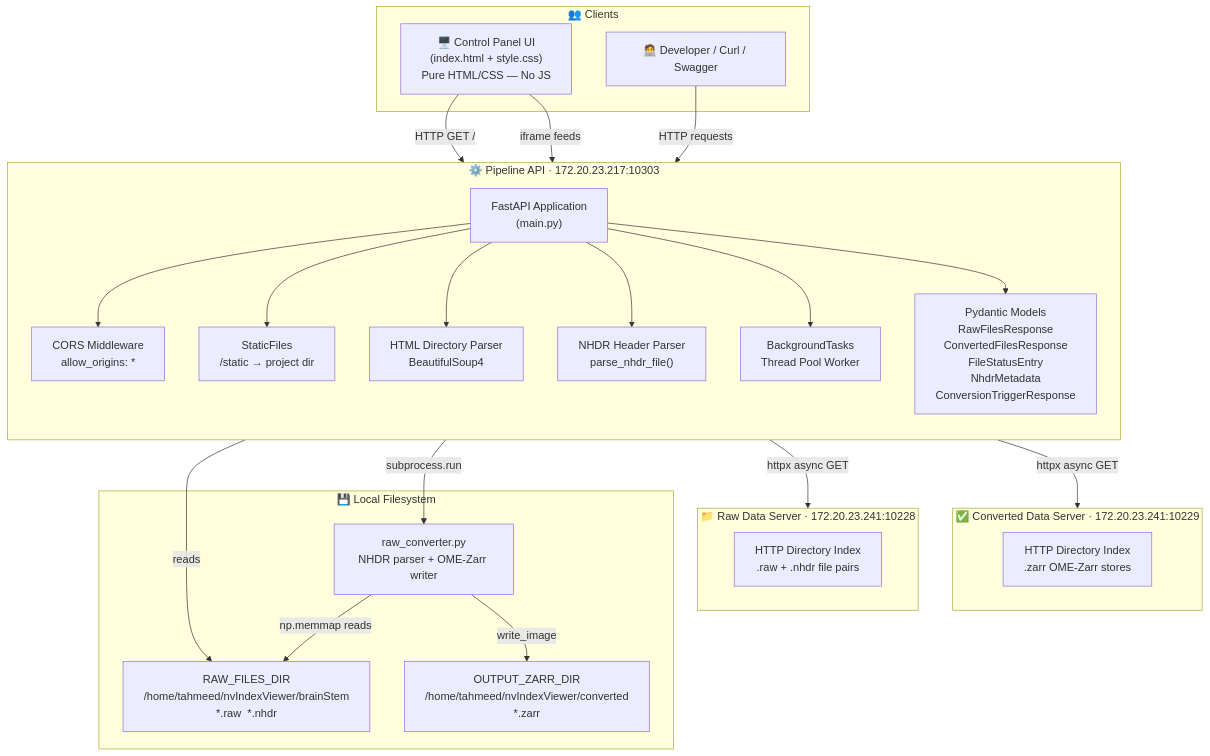
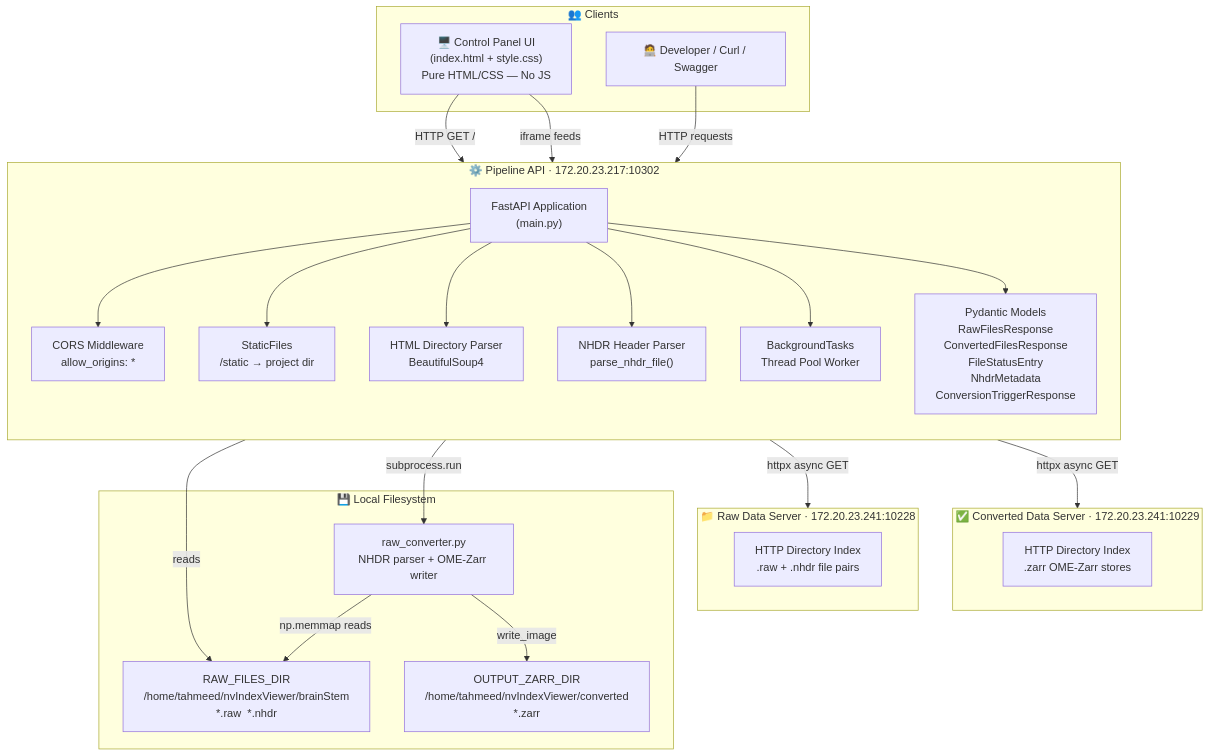
Before and after one commit to 24f2001927/Neuroglancer_Data_Conversion: the first of 3 diagrams in README.md, drawn with Mermaid. The commit also changed other lines of this file and 5 other files, not shown here.

````diff
--- a/README.md
+++ b/README.md
@@ -52,52 +52,52 @@
 ```mermaid
 graph TB
     subgraph CLIENTS["👥 Clients"]
         UI["🖥️ Control Panel UI<br/>(index.html + style.css)<br/>Pure HTML/CSS — No JS"]
         DEV["🧑‍💻 Developer / Curl / Swagger"]
     end
 
-    subgraph API["⚙️ Pipeline API  ·  172.20.23.217:10303"]
+    subgraph API["⚙️ Pipeline API  ·  172.20.23.217:10302"]
         direction TB
         FASTAPI["FastAPI Application<br/>(main.py)"]
         CORS["CORS Middleware<br/>allow_origins: *"]
         STATIC["StaticFiles<br/>/static → project dir"]
         PARSER["HTML Directory Parser<br/>BeautifulSoup4"]
         NHDR_PARSE["NHDR Header Parser<br/>parse_nhdr_file()"]
         BG["BackgroundTasks<br/>Thread Pool Worker"]
         MODELS["Pydantic Models<br/>RawFilesResponse<br/>ConvertedFilesResponse<br/>FileStatusEntry<br/>NhdrMetadata<br/>ConversionTriggerResponse"]
     end
 
     subgraph RAW_SERVER["📁 Raw Data Server  ·  172.20.23.241:10228"]
         RAW_DIR["HTTP Directory Index<br/>.raw + .nhdr file pairs"]
     end
 
     subgraph CONV_SERVER["✅ Converted Data Server  ·  172.20.23.241:10229"]
         ZARR_DIR["HTTP Directory Index<br/>.zarr OME-Zarr stores"]
     end
 
     subgraph LOCAL_FS["💾 Local Filesystem"]
         RAW_FILES["RAW_FILES_DIR<br/>/home/tahmeed/nvIndexViewer/brainStem<br/>*.raw  *.nhdr"]
         OUT_DIR["OUTPUT_ZARR_DIR<br/>/home/tahmeed/nvIndexViewer/converted<br/>*.zarr"]
         SCRIPT["raw_converter.py<br/>NHDR parser + OME-Zarr writer"]
     end
 
     UI -->|HTTP GET /| FASTAPI
     UI -->|iframe feeds| FASTAPI
     DEV -->|HTTP requests| FASTAPI
 
     FASTAPI --> CORS
     FASTAPI --> STATIC
     FASTAPI --> PARSER
     FASTAPI --> NHDR_PARSE
     FASTAPI --> BG
     FASTAPI --> MODELS
 
     PARSER -->|httpx async GET| RAW_SERVER
     PARSER -->|httpx async GET| CONV_SERVER
 
     NHDR_PARSE -->|reads| RAW_FILES
 
     BG -->|subprocess.run| SCRIPT
     SCRIPT -->|np.memmap reads| RAW_FILES
     SCRIPT -->|write_image| OUT_DIR
 ```
````
